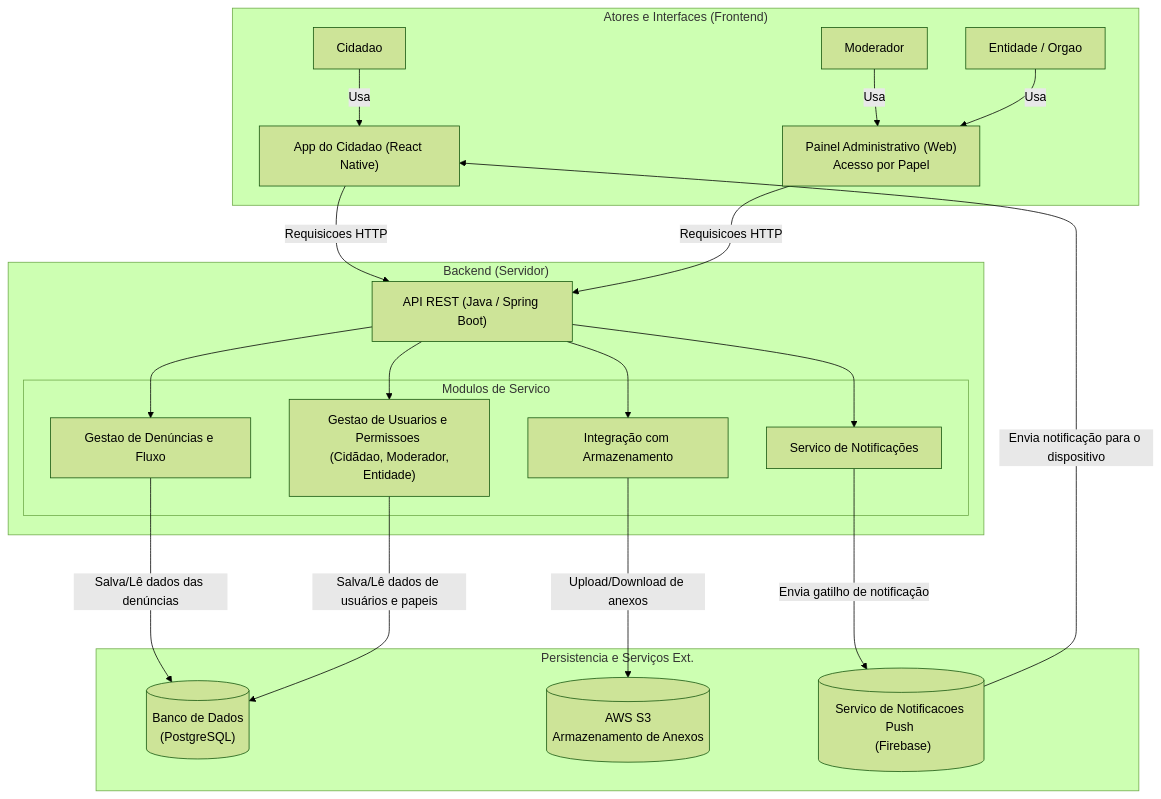
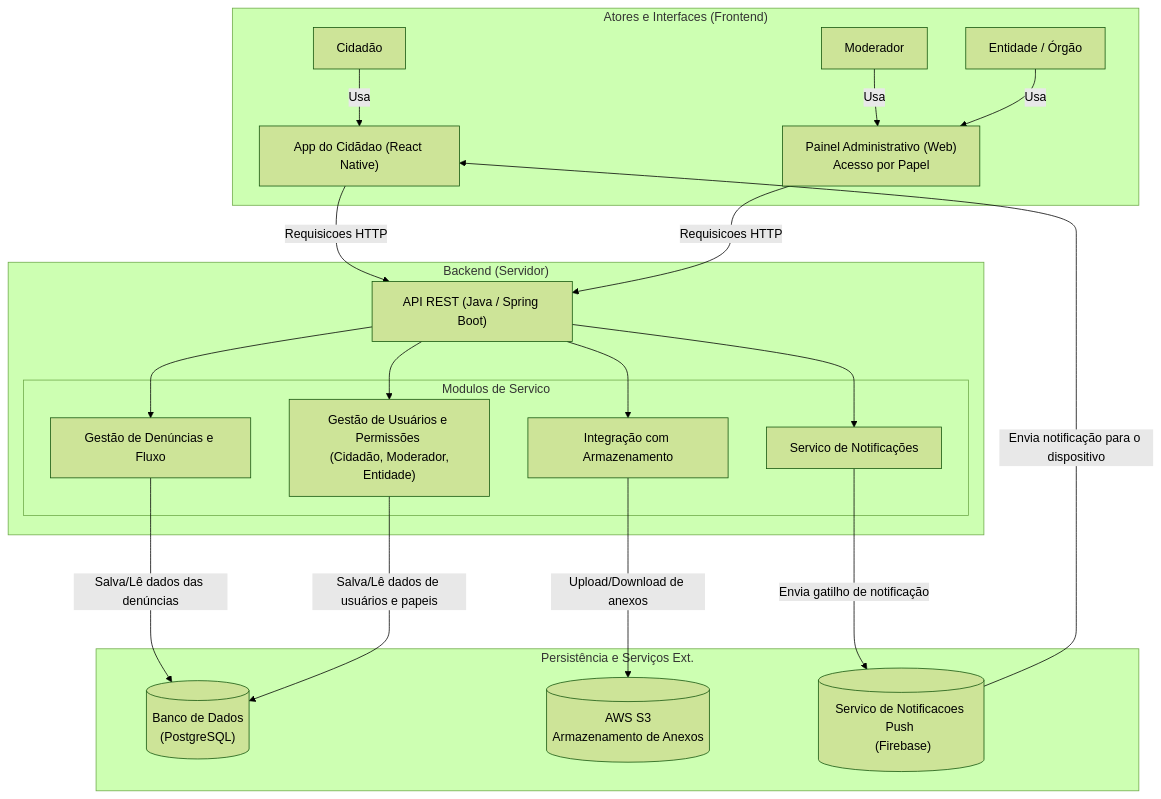
One commit to rafa-alves6/Reclama.se-AOO changed the diagram in Diagramas/architectureDiagram.md. Above: the diagram before and after it, drawn with Mermaid (forest theme).

````diff
--- a/Diagramas/architectureDiagram.md
+++ b/Diagramas/architectureDiagram.md
@@ -1,40 +1,40 @@
 ```mermaid
 graph TD
     subgraph "Atores e Interfaces (Frontend)"
-        A["Cidadao"] -- "Usa" --> AppCidadao["App do Cidadao (React Native)"]
+        A["Cidadão"] -- "Usa" --> AppCidadao["App do Cidãdao (React Native)"]
         B["Moderador"] -- "Usa" --> PainelAdmin["Painel Administrativo (Web) <br> Acesso por Papel"]
-        D["Entidade / Orgao"] -- "Usa" --> PainelAdmin
+        D["Entidade / Órgão"] -- "Usa" --> PainelAdmin
     end
 
     subgraph "Backend (Servidor)"
         API["API REST (Java / Spring Boot)"]
         
         subgraph "Modulos de Servico"
-            S1["Gestao de Denúncias e Fluxo"]
-            S2["Gestao de Usuarios e Permissoes <br> (Cidãdao, Moderador, Entidade)"]
+            S1["Gestão de Denúncias e Fluxo"]
+            S2["Gestão de Usuários e Permissões <br> (Cidadão, Moderador, Entidade)"]
             S3["Servico de Notificações"]
             S4["Integração com Armazenamento"]
         end
     end
 
-    subgraph "Persistencia e Serviços Ext."
+    subgraph "Persistência e Serviços Ext."
         DB[("Banco de Dados <br> (PostgreSQL)")]
         S3Bucket[("AWS S3 <br> Armazenamento de Anexos")]
         PushService[("Servico de Notificacoes Push <br> (Firebase)")]
     end
 
     %% Conexoes
     AppCidadao -- "Requisicoes HTTP" --> API
     PainelAdmin -- "Requisicoes HTTP" --> API
 
     API --> S1 & S2 & S3 & S4
 
     S1 -- "Salva/Lê dados das denúncias" ---> DB
     S2 -- "Salva/Lê dados de usuários e papeis" ---> DB
     
     S4 -- "Upload/Download de anexos" ---> S3Bucket
     
     S3 -- "Envia gatilho de notificação" ---> PushService
 
     PushService -- "Envia notificação para o dispositivo" --> AppCidadao
 ```
````
